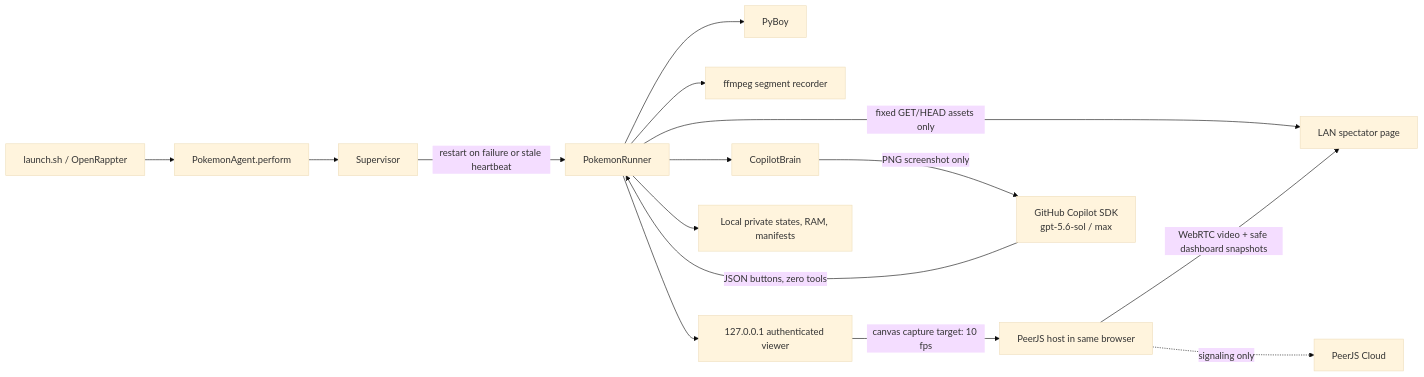
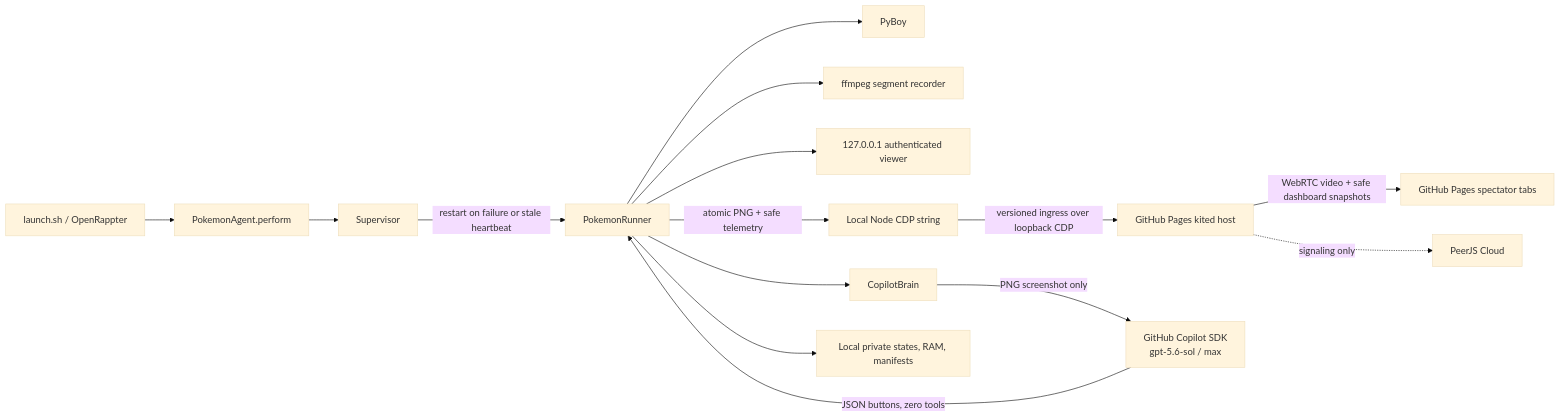
One commit to kody-w/rappter-plays-pokemon changed the diagram in README.md. Above: the diagram before and after it, drawn with Mermaid (base theme). The commit also changed other lines of this file and 30 other files, not shown here.

First line of the commit message:
feat: host livestream through a kited Pages tab

````diff
--- a/README.md
+++ b/README.md
@@ -247,17 +300,18 @@
 ```mermaid
 flowchart LR
     U[launch.sh / OpenRappter] --> A[PokemonAgent.perform]
     A --> S[Supervisor]
     S -->|restart on failure or stale heartbeat| R[PokemonRunner]
     R --> P[PyBoy]
     R --> F[ffmpeg segment recorder]
     R --> V[127.0.0.1 authenticated viewer]
-    V -->|canvas capture target: 10 fps| H[PeerJS host in same browser]
-    R -->|fixed GET/HEAD assets only| W[LAN spectator page]
+    R -->|atomic PNG + safe telemetry| K[Local Node CDP string]
+    K -->|versioned ingress over loopback CDP| H[GitHub Pages kited host]
     H -->|WebRTC video + safe dashboard snapshots| W
+    W[GitHub Pages spectator tabs]
     H -.->|signaling only| PJS[PeerJS Cloud]
     R --> B[CopilotBrain]
     B -->|PNG screenshot only| C[GitHub Copilot SDK<br/>gpt-5.6-sol / max]
     C -->|JSON buttons, zero tools| R
     R --> L[Local private states, RAM, manifests]
 ```
````
